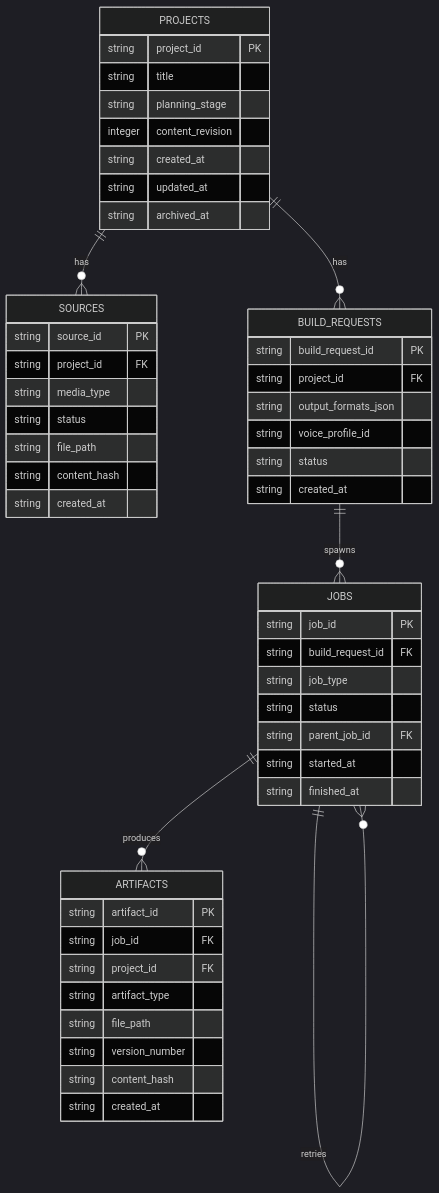
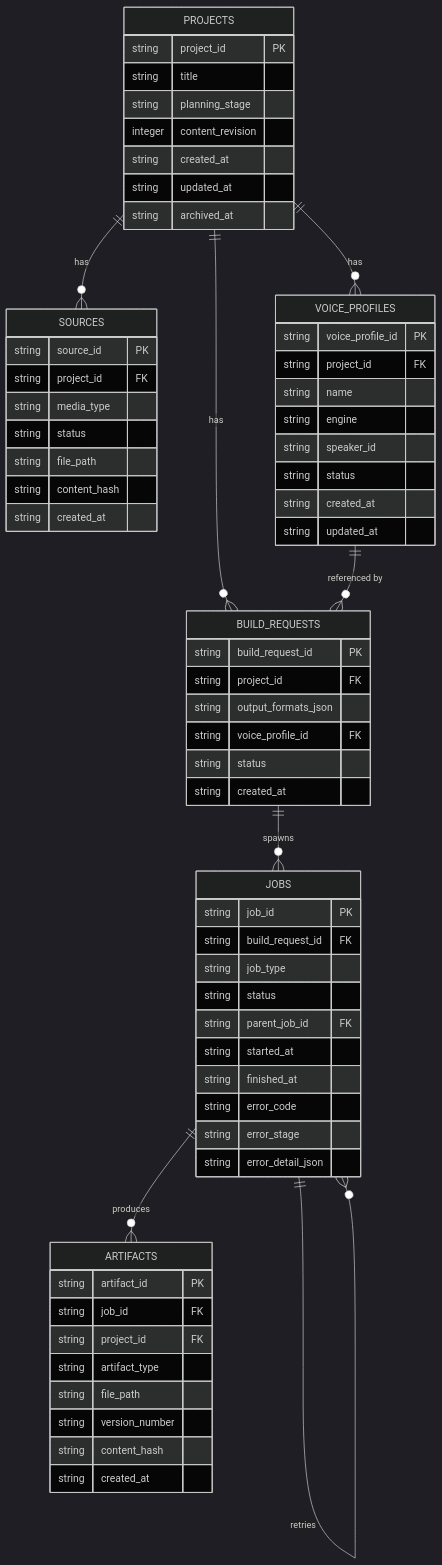
The diagram in docs/db/00-database-overview.md (w-abe3612/walkwise), drawn with Mermaid (dark theme) before and after one commit. The commit also changed other lines of this file and 48 other files, not shown here.

````diff
--- a/docs/db/00-database-overview.md
+++ b/docs/db/00-database-overview.md
@@ -62,54 +63,69 @@
 ```mermaid
 erDiagram
     PROJECTS ||--o{ SOURCES : has
     PROJECTS ||--o{ BUILD_REQUESTS : has
+    PROJECTS ||--o{ VOICE_PROFILES : has
+    VOICE_PROFILES ||--o{ BUILD_REQUESTS : "referenced by"
     BUILD_REQUESTS ||--o{ JOBS : spawns
     JOBS ||--o{ ARTIFACTS : produces
     JOBS ||--o{ JOBS : retries
 
     PROJECTS {
         string project_id PK
         string title
         string planning_stage
         integer content_revision
         string created_at
         string updated_at
         string archived_at
     }
     SOURCES {
         string source_id PK
         string project_id FK
         string media_type
         string status
         string file_path
         string content_hash
         string created_at
     }
+    VOICE_PROFILES {
+        string voice_profile_id PK
+        string project_id FK
+        string name
+        string engine
+        string speaker_id
+        string status
+        string created_at
+        string updated_at
+    }
     BUILD_REQUESTS {
         string build_request_id PK
         string project_id FK
         string output_formats_json
-        string voice_profile_id
+        string voice_profile_id FK
         string status
         string created_at
     }
     JOBS {
         string job_id PK
         string build_request_id FK
         string job_type
         string status
         string parent_job_id FK
         string started_at
         string finished_at
+        string error_code
+        string error_stage
+        string error_detail_json
     }
     ARTIFACTS {
         string artifact_id PK
         string job_id FK
         string project_id FK
         string artifact_type
         string file_path
         string version_number
         string content_hash
         string created_at
     }
 ```
````
